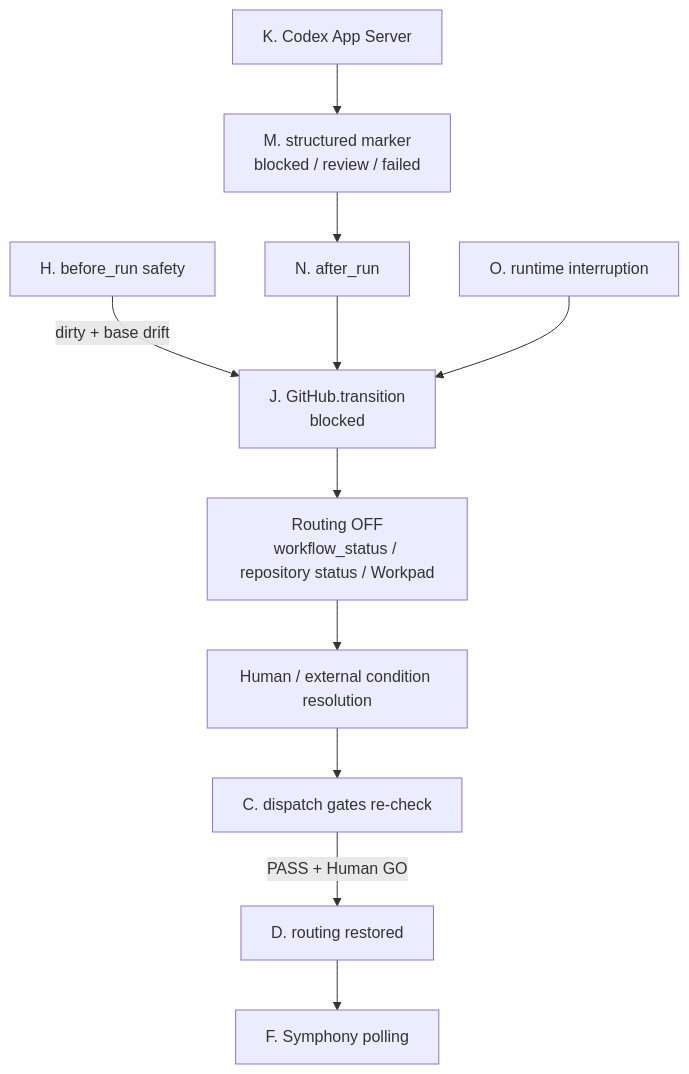
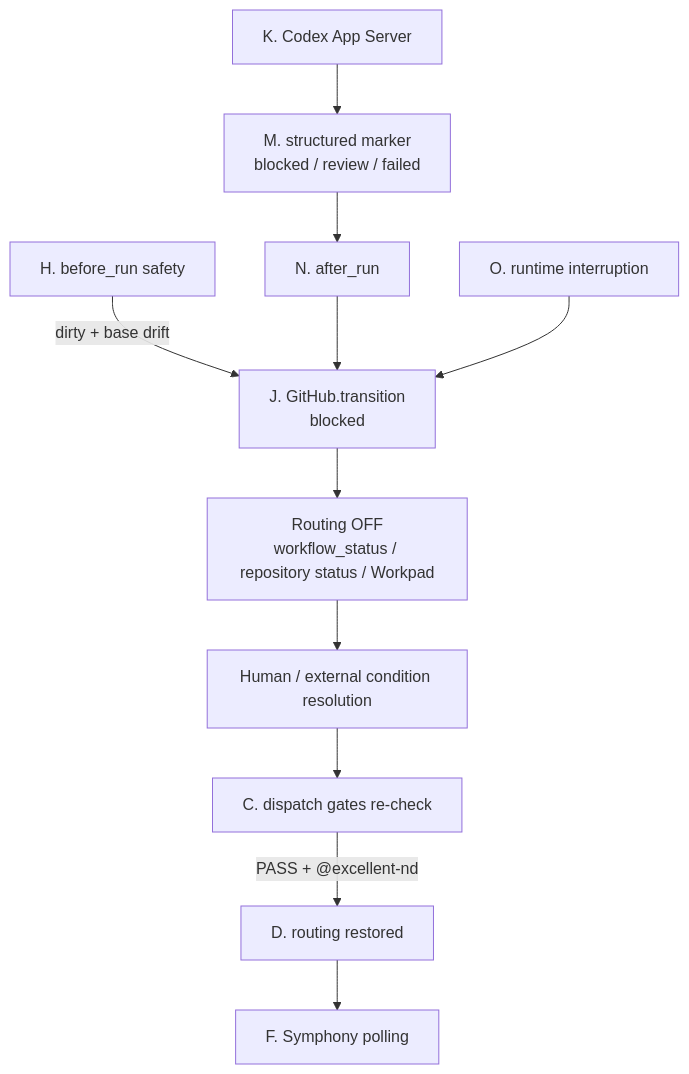
The second of 3 diagrams in docs/runtime-architecture.zh-CN.md (excellent-tech/Excellent-Nd), drawn with Mermaid before and after one commit. The commit also changed other lines of this file, not shown here.

Commit message:
docs: align explicit mention dispatch semantics (runtime-architecture.zh-CN.md)

````diff
--- a/docs/runtime-architecture.zh-CN.md
+++ b/docs/runtime-architecture.zh-CN.md
@@ -88,22 +88,22 @@
 ```mermaid
 flowchart TD
     H2["H. before_run safety"] -->|dirty + base drift| J2["J. GitHub.transition<br/>blocked"]
     K2["K. Codex App Server"] --> M2["M. structured marker<br/>blocked / review / failed"]
     M2 --> N2["N. after_run"]
     N2 --> J2
     O2["O. runtime interruption"] --> J2
     J2 --> X["Routing OFF<br/>workflow_status / repository status / Workpad"]
     X --> Y["Human / external condition resolution"]
     Y --> C2["C. dispatch gates re-check"]
-    C2 -->|PASS + Human GO| D2["D. routing restored"]
+    C2 -->|PASS + @excellent-nd| D2["D. routing restored"]
     D2 --> F2["F. Symphony polling"]
     click H2 href "https://github.com/excellent-tech/Excellent-Nd/blob/docs/beginner-runtime-guide/docs/runtime-architecture.zh-CN.md#node-h" "Node H details" _top
     click J2 href "https://github.com/excellent-tech/Excellent-Nd/blob/docs/beginner-runtime-guide/docs/runtime-architecture.zh-CN.md#node-j" "Node J details" _top
     click K2 href "https://github.com/excellent-tech/Excellent-Nd/blob/docs/beginner-runtime-guide/docs/runtime-architecture.zh-CN.md#node-k" "Node K details" _top
     click M2 href "https://github.com/excellent-tech/Excellent-Nd/blob/docs/beginner-runtime-guide/docs/runtime-architecture.zh-CN.md#node-m" "Node M details" _top
     click N2 href "https://github.com/excellent-tech/Excellent-Nd/blob/docs/beginner-runtime-guide/docs/runtime-architecture.zh-CN.md#node-n" "Node N details" _top
     click O2 href "https://github.com/excellent-tech/Excellent-Nd/blob/docs/beginner-runtime-guide/docs/runtime-architecture.zh-CN.md#node-o" "Node O details" _top
     click C2 href "https://github.com/excellent-tech/Excellent-Nd/blob/docs/beginner-runtime-guide/docs/runtime-architecture.zh-CN.md#node-c" "Node C details" _top
     click D2 href "https://github.com/excellent-tech/Excellent-Nd/blob/docs/beginner-runtime-guide/docs/runtime-architecture.zh-CN.md#node-d" "Node D details" _top
     click F2 href "https://github.com/excellent-tech/Excellent-Nd/blob/docs/beginner-runtime-guide/docs/runtime-architecture.zh-CN.md#node-f" "Node F details" _top
 ```
````
